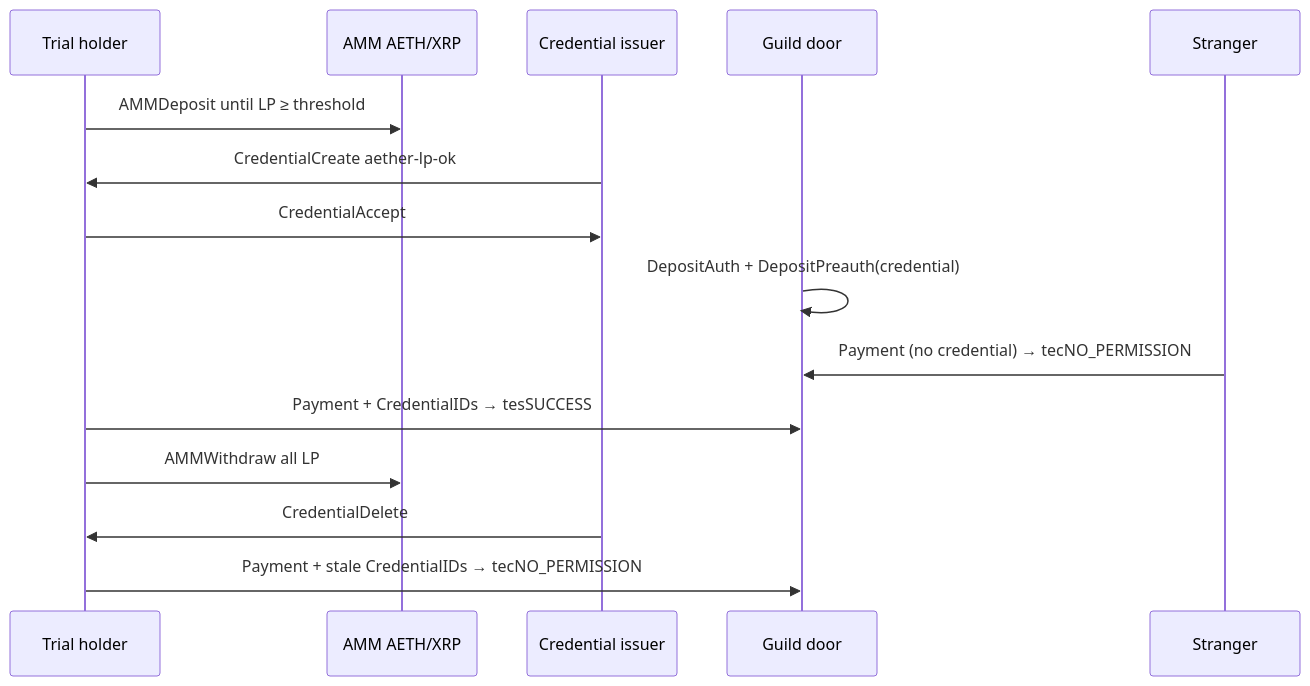
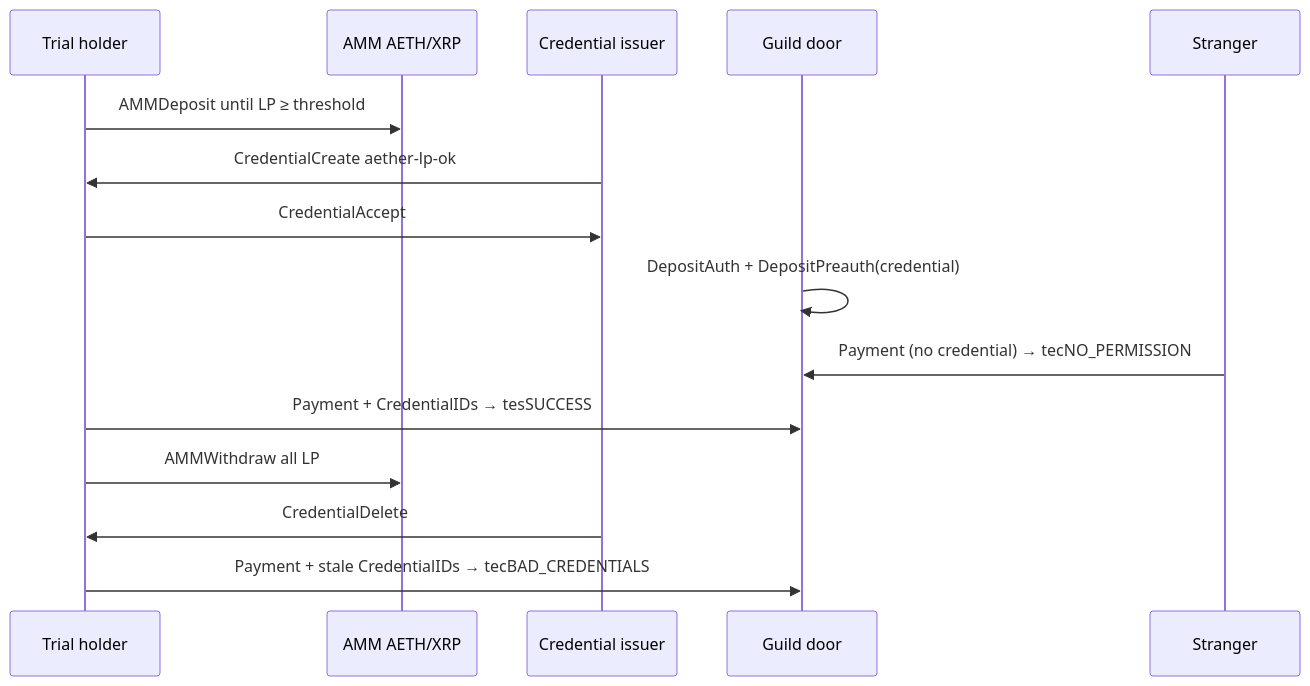
Before and after one commit to Hobie1Kenobi/aether-foundry: the diagram in machines/lp-badge-bound/README.md, drawn with Mermaid. The commit also changed other lines of this file and 15 other files, not shown here.

````diff
--- a/machines/lp-badge-bound/README.md
+++ b/machines/lp-badge-bound/README.md
@@ -7,18 +7,18 @@
 ```mermaid
 sequenceDiagram
   participant H as Trial holder
   participant AMM as AMM AETH/XRP
   participant I as Credential issuer
   participant D as Guild door
   participant S as Stranger
 
   H->>AMM: AMMDeposit until LP ≥ threshold
   I->>H: CredentialCreate aether-lp-ok
   H->>I: CredentialAccept
   D->>D: DepositAuth + DepositPreauth(credential)
   S->>D: Payment (no credential) → tecNO_PERMISSION
   H->>D: Payment + CredentialIDs → tesSUCCESS
   H->>AMM: AMMWithdraw all LP
   I->>H: CredentialDelete
-  H->>D: Payment + stale CredentialIDs → tecNO_PERMISSION
+  H->>D: Payment + stale CredentialIDs → tecBAD_CREDENTIALS
 ```
````
